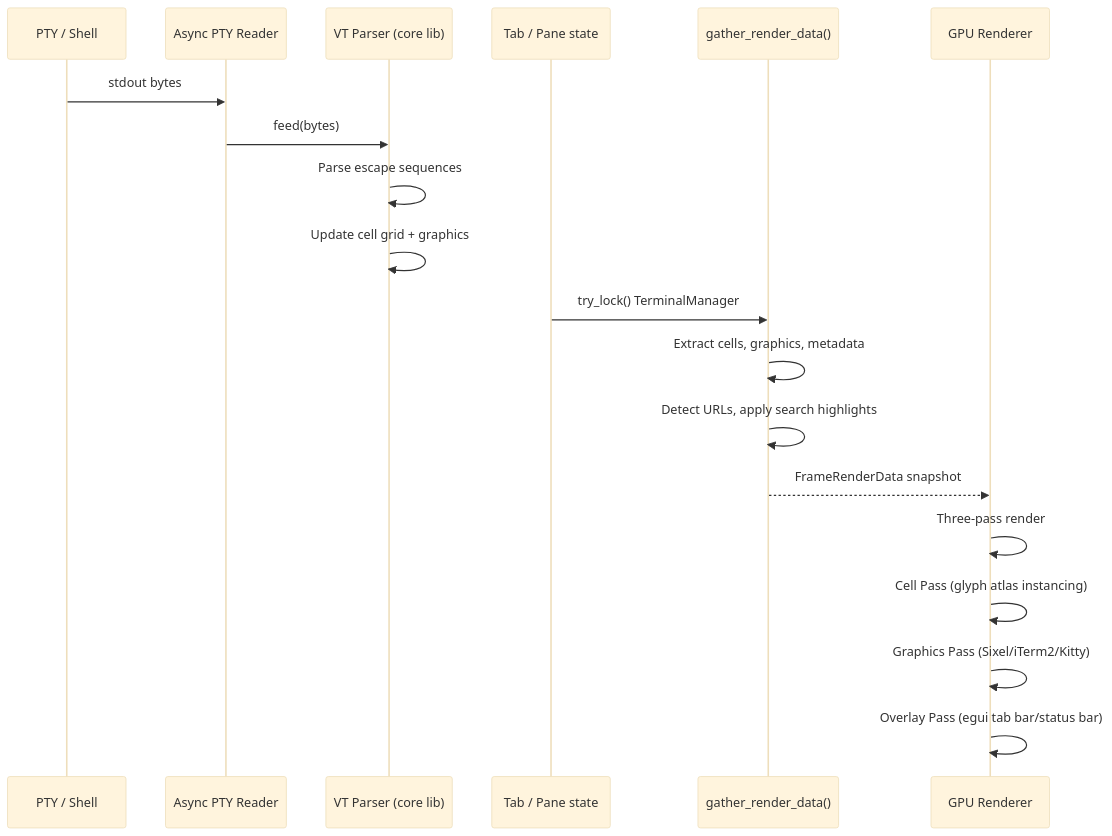
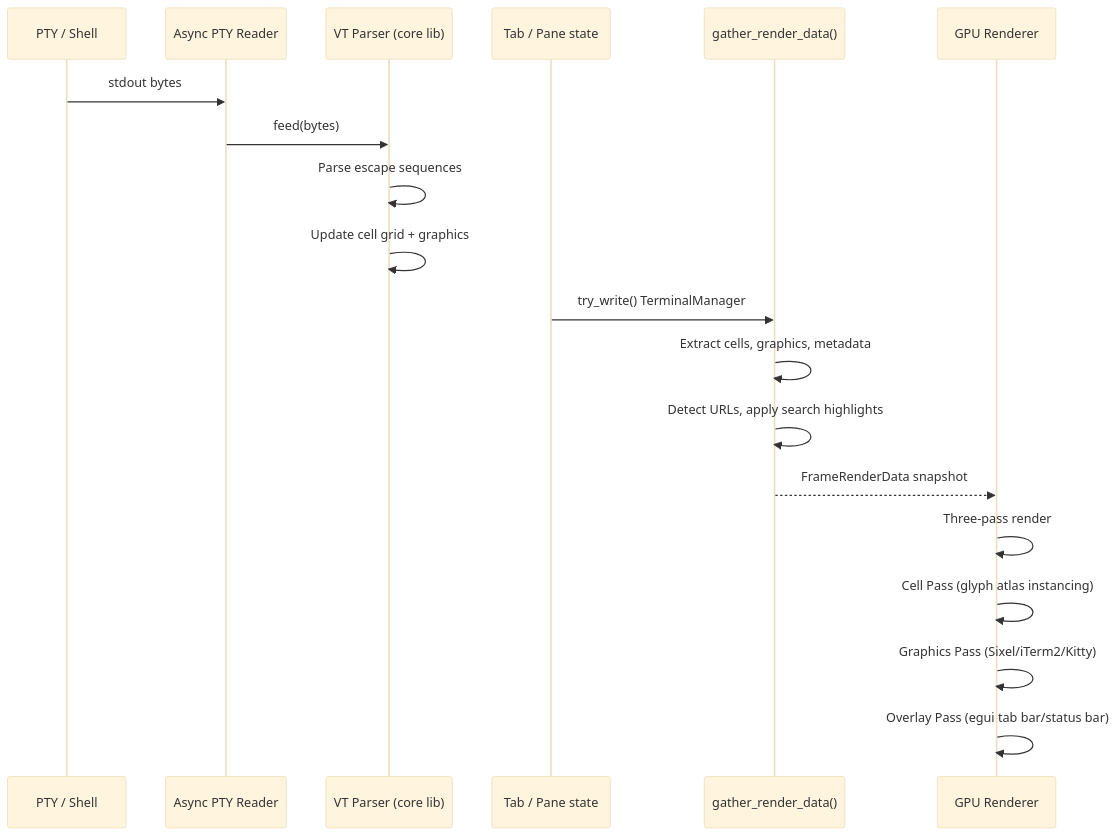
One commit to paulrobello/par-term changed the third of 3 diagrams in docs/architecture/STATE_LIFECYCLE.md. Above: the diagram before and after it, drawn with Mermaid (base theme). The commit also changed other lines of this file and 41 other files, not shown here.

````diff
--- a/docs/architecture/STATE_LIFECYCLE.md
+++ b/docs/architecture/STATE_LIFECYCLE.md
@@ -248,22 +257,22 @@
 ```mermaid
 sequenceDiagram
     participant PTY as PTY / Shell
     participant Reader as Async PTY Reader
     participant Core as VT Parser (core lib)
     participant Tab as Tab / Pane state
     participant Gather as gather_render_data()
     participant GPU as GPU Renderer
 
     PTY->>Reader: stdout bytes
     Reader->>Core: feed(bytes)
     Core->>Core: Parse escape sequences
     Core->>Core: Update cell grid + graphics
-    Tab->>Gather: try_lock() TerminalManager
+    Tab->>Gather: try_write() TerminalManager
     Gather->>Gather: Extract cells, graphics, metadata
     Gather->>Gather: Detect URLs, apply search highlights
     Gather-->>GPU: FrameRenderData snapshot
     GPU->>GPU: Three-pass render
     GPU->>GPU: Cell Pass (glyph atlas instancing)
     GPU->>GPU: Graphics Pass (Sixel/iTerm2/Kitty)
     GPU->>GPU: Overlay Pass (egui tab bar/status bar)
 ```
````
